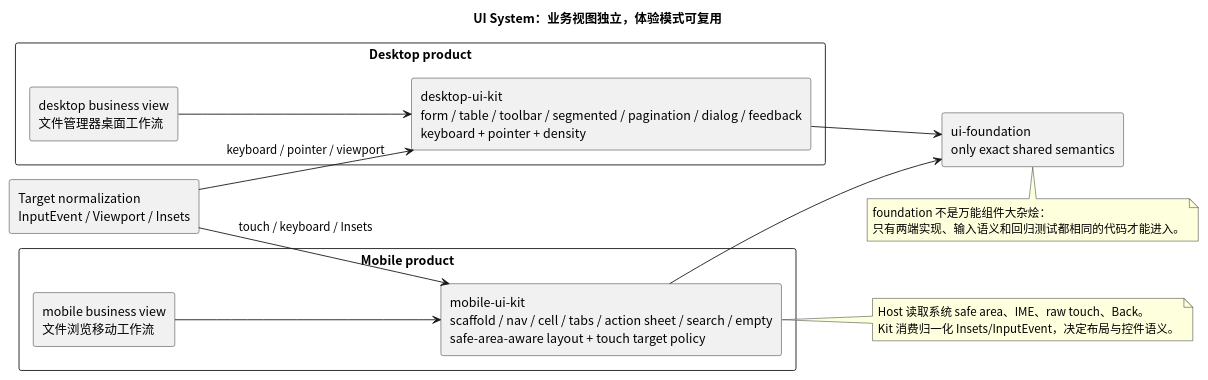
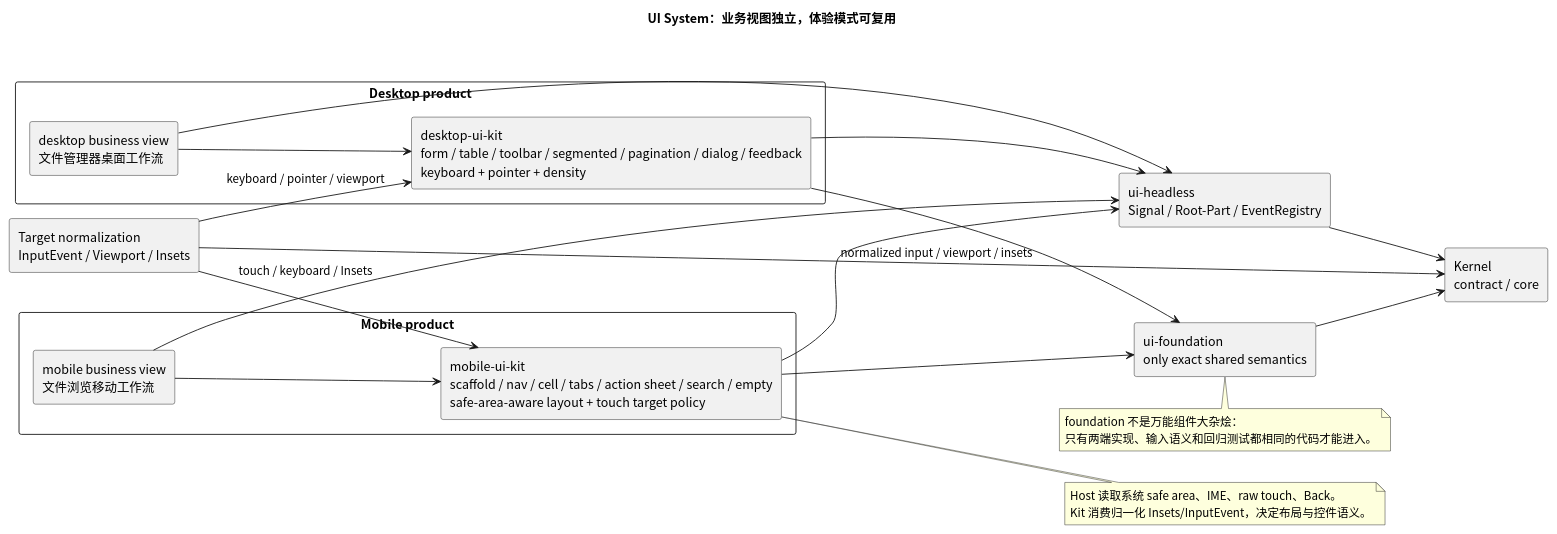
One commit to nyml2003/tela changed the fourth of 10 diagrams in docs/026-架构迭代方案.md. Above: the diagram before and after it, drawn with PlantUML. The commit also changed other lines of this file and 83 other files, not shown here.

````diff
--- a/docs/026-架构迭代方案.md
+++ b/docs/026-架构迭代方案.md
@@ -291,40 +299,49 @@
 ```plantuml
 @startuml
 title UI System：业务视图独立，体验模式可复用
 left to right direction
 skinparam shadowing false
 skinparam defaultFontName "Noto Sans CJK SC"
 skinparam packageStyle rectangle
 skinparam componentStyle rectangle
 
 package "Desktop product" {
   component "desktop business view\n文件管理器桌面工作流" as desktop_view
   component "desktop-ui-kit\nform / table / toolbar / segmented / pagination / dialog / feedback\nkeyboard + pointer + density" as desktop_kit
 }
 
 package "Mobile product" {
   component "mobile business view\n文件浏览移动工作流" as mobile_view
   component "mobile-ui-kit\nscaffold / nav / cell / tabs / action sheet / search / empty\nsafe-area-aware layout + touch target policy" as mobile_kit
 }
 
 component "ui-foundation\nonly exact shared semantics" as foundation
+component "ui-headless\nSignal / Root-Part / EventRegistry" as headless
+component "Kernel\ncontract / core" as kernel
 component "Target normalization\nInputEvent / Viewport / Insets" as normalized
 
 desktop_view --> desktop_kit
 mobile_view --> mobile_kit
+desktop_view --> headless
+mobile_view --> headless
+desktop_kit --> headless
+mobile_kit --> headless
 desktop_kit --> foundation
 mobile_kit --> foundation
+headless --> kernel
+foundation --> kernel
+normalized --> kernel : normalized input / viewport / insets
 normalized --> desktop_kit : keyboard / pointer / viewport
 normalized --> mobile_kit : touch / keyboard / Insets
 
 note bottom of foundation
 foundation 不是万能组件大杂烩：
 只有两端实现、输入语义和回归测试都相同的代码才能进入。
 end note
 
 note right of mobile_kit
 Host 读取系统 safe area、IME、raw touch、Back。
 Kit 消费归一化 Insets/InputEvent，决定布局与控件语义。
 end note
 @enduml
 ```
````
